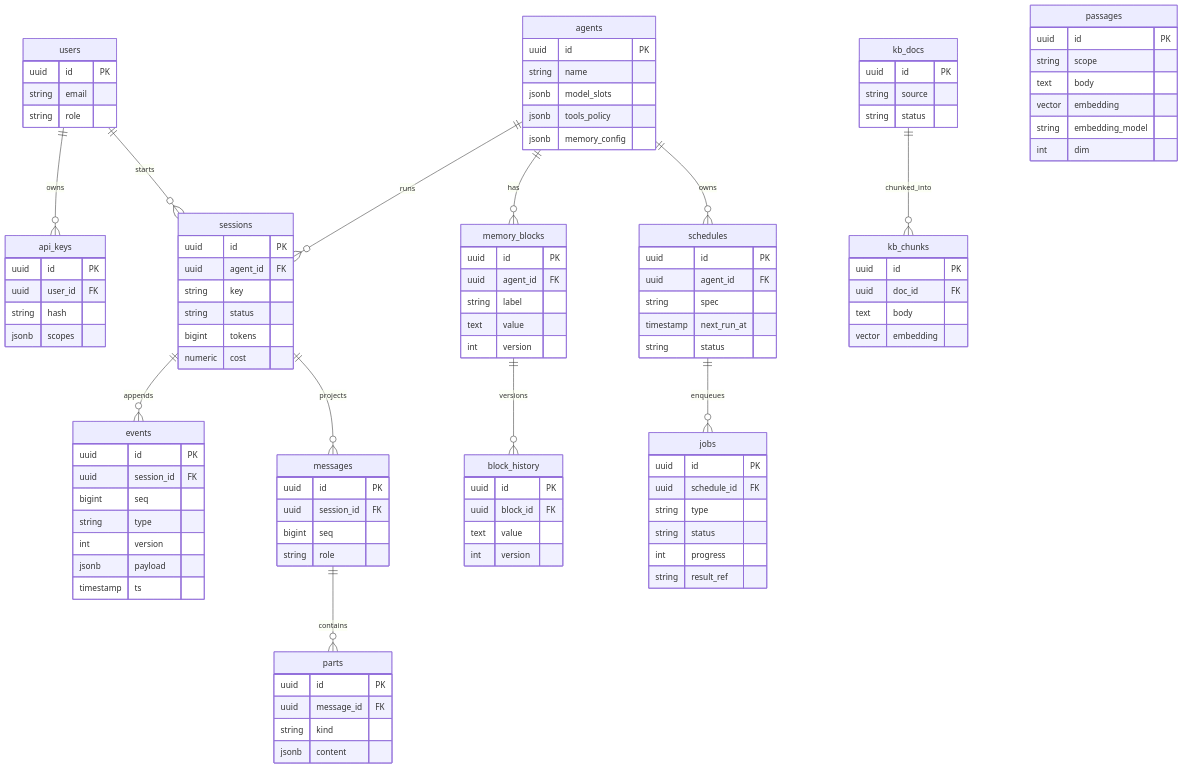
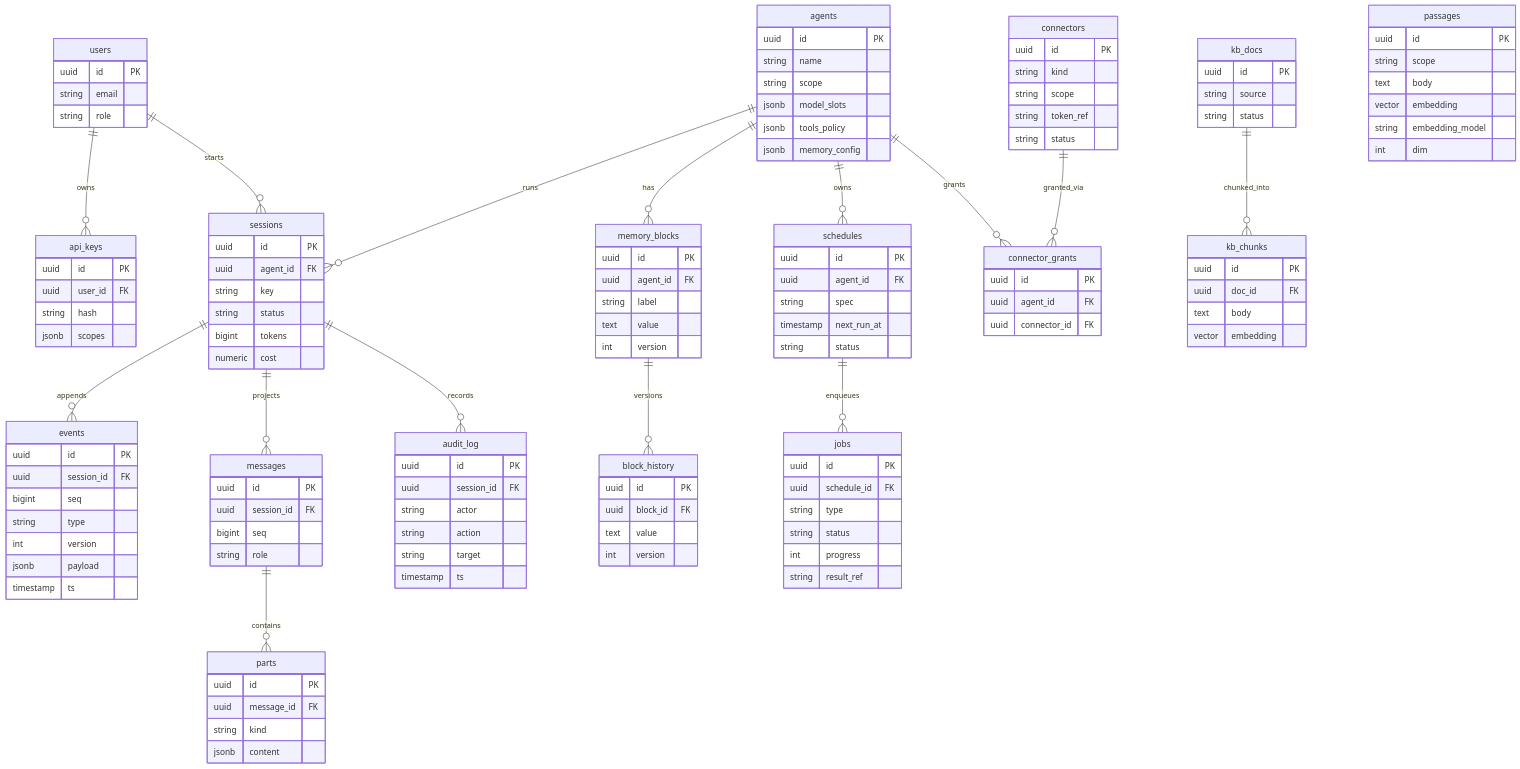
Before and after one commit to seudazhong/keel: the diagram in docs/diagrams/06-data-model.md, drawn with Mermaid. The commit also changed other lines of this file and 7 other files, not shown here.

First line of the commit message:
docs(diagrams): refresh for connector/scoped-agent model (ADR-0009)

```diff
--- a/docs/diagrams/06-data-model.md
+++ b/docs/diagrams/06-data-model.md
@@ -9,8 +9,11 @@
     agents ||--o{ sessions : runs
     agents ||--o{ memory_blocks : has
     agents ||--o{ schedules : owns
+    agents ||--o{ connector_grants : grants
+    connectors ||--o{ connector_grants : granted_via
     sessions ||--o{ events : appends
     sessions ||--o{ messages : projects
+    sessions ||--o{ audit_log : records
     messages ||--o{ parts : contains
     memory_blocks ||--o{ block_history : versions
     schedules ||--o{ jobs : enqueues
@@ -30,6 +33,7 @@
     agents {
         uuid id PK
         string name
+        string scope
         jsonb model_slots
         jsonb tools_policy
         jsonb memory_config
@@ -41,6 +45,26 @@
         string status
         bigint tokens
         numeric cost
+    }
+    connectors {
+        uuid id PK
+        string kind
+        string scope
+        string token_ref
+        string status
+    }
+    connector_grants {
+        uuid id PK
+        uuid agent_id FK
+        uuid connector_id FK
+    }
+    audit_log {
+        uuid id PK
+        uuid session_id FK
+        string actor
+        string action
+        string target
+        timestamp ts
     }
     events {
         uuid id PK
```
